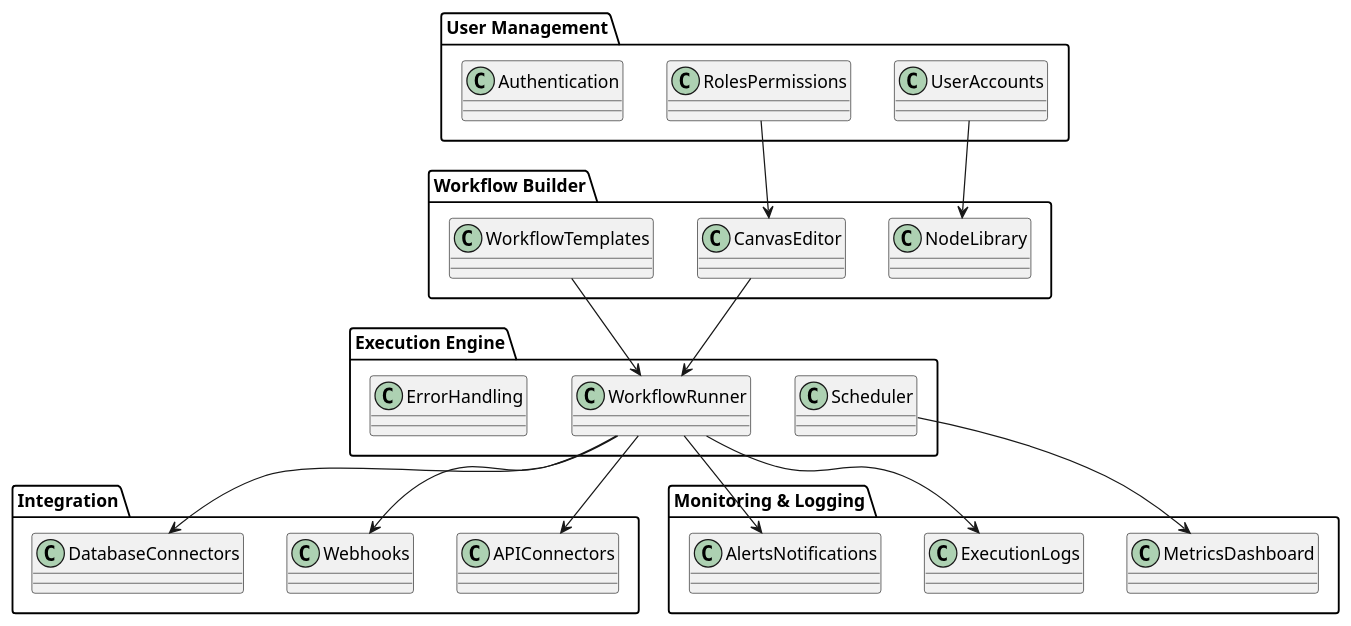
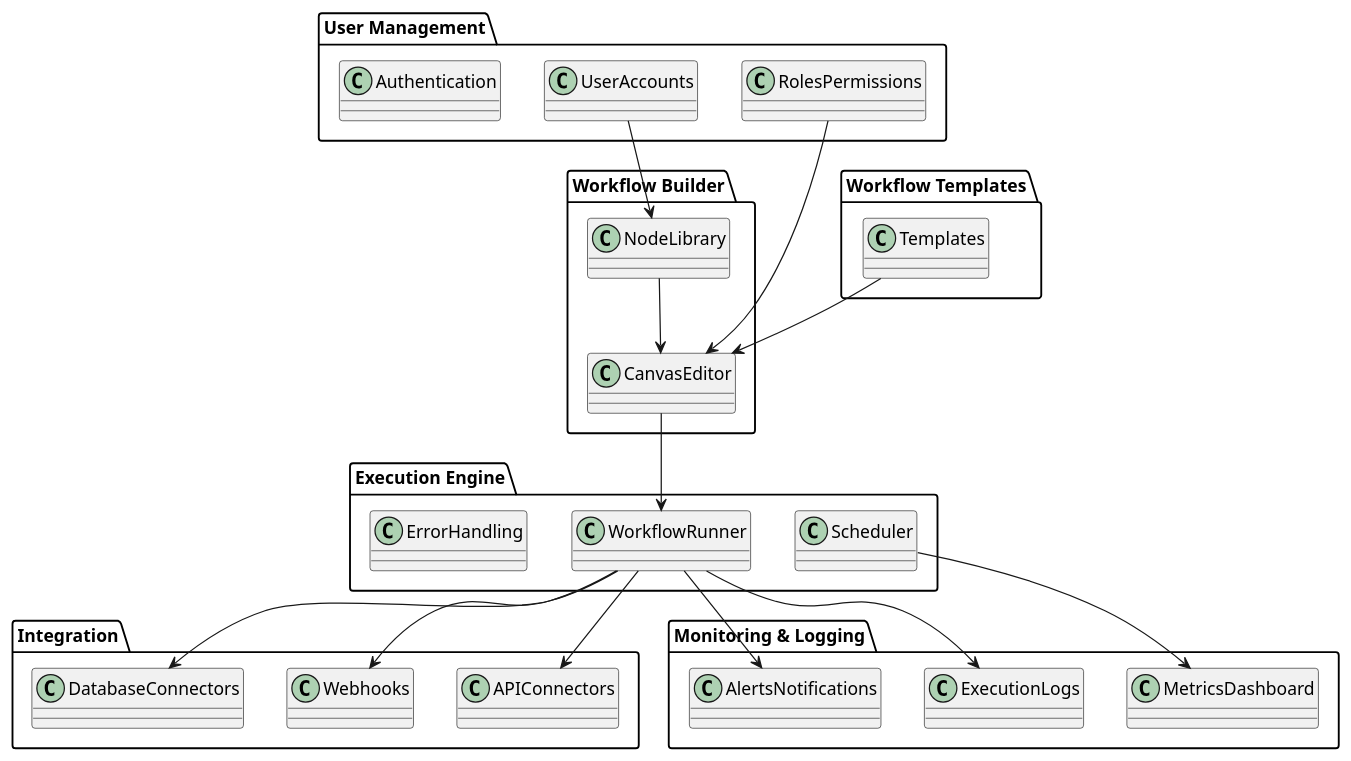
Before and after one commit to pilsu-choi/workflow: the diagram in diagrams/domain.puml, drawn with PlantUML. The commit also changed 2 other files, not shown here.

Commit message:
diagram + todo + vertex description

```diff
--- a/diagrams/domain.puml
+++ b/diagrams/domain.puml
@@ -1,47 +1,52 @@
 @startuml domain
 ' Workflow 플랫폼 Application Domain Chart
 
 ' 패키지 정의
 package "User Management" {
     class UserAccounts
     class RolesPermissions
     class Authentication
 }
 
+package "Workflow Templates" {
+    class Templates
+}
+
 package "Workflow Builder" {
     class NodeLibrary
     class CanvasEditor
-    class WorkflowTemplates
+    ' class WorkflowTemplates
 }
 
 package "Execution Engine" {
     class WorkflowRunner
     class Scheduler
     class ErrorHandling
 }
 
 package "Integration" {
     class APIConnectors
     class Webhooks
     class DatabaseConnectors
 }
 
 package "Monitoring & Logging" {
     class ExecutionLogs
     class AlertsNotifications
     class MetricsDashboard
 }
 
 ' 관계 정의
 UserAccounts --> NodeLibrary
+NodeLibrary --> CanvasEditor
 RolesPermissions --> CanvasEditor
-WorkflowTemplates --> WorkflowRunner
+Templates --> CanvasEditor
 CanvasEditor --> WorkflowRunner
 WorkflowRunner --> APIConnectors
 WorkflowRunner --> Webhooks
 WorkflowRunner --> DatabaseConnectors
 WorkflowRunner --> ExecutionLogs
 WorkflowRunner --> AlertsNotifications
 Scheduler --> MetricsDashboard
 
 @enduml
```
